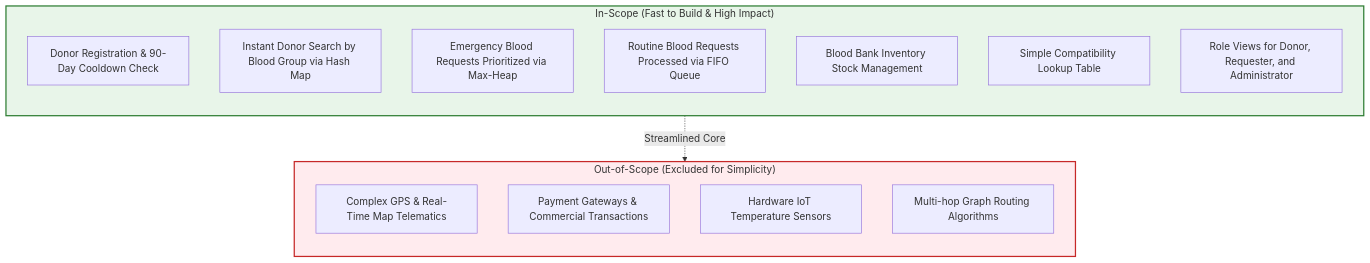
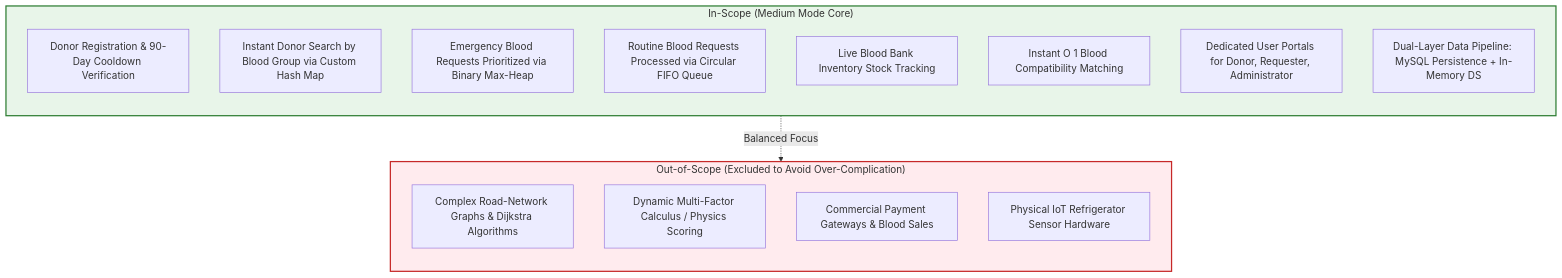
One commit to Shrey113/Assignment-1 changed the diagram in docs/01_project_scope.md. Above: the diagram before and after it, drawn with Mermaid. The commit also changed other lines of this file and 6 other files, not shown here.

Commit message:
docs: align all documentation and architecture to Medium Mode

````diff
--- a/docs/01_project_scope.md
+++ b/docs/01_project_scope.md
@@ -22,26 +29,27 @@
 ```mermaid
 graph TB
-    subgraph IN_SCOPE["In-Scope (Fast to Build & High Impact)"]
+    subgraph IN_SCOPE["In-Scope (Medium Mode Core)"]
         direction TB
-        A1[Donor Registration & 90-Day Cooldown Check]
-        A2[Instant Donor Search by Blood Group via Hash Map]
-        A3[Emergency Blood Requests Prioritized via Max-Heap]
-        A4[Routine Blood Requests Processed via FIFO Queue]
-        A5[Blood Bank Inventory Stock Management]
-        A6[Simple Compatibility Lookup Table]
-        A7[Role Views for Donor, Requester, and Administrator]
+        A1[Donor Registration & 90-Day Cooldown Verification]
+        A2[Instant Donor Search by Blood Group via Custom Hash Map]
+        A3[Emergency Blood Requests Prioritized via Binary Max-Heap]
+        A4[Routine Blood Requests Processed via Circular FIFO Queue]
+        A5[Live Blood Bank Inventory Stock Tracking]
+        A6[Instant O 1 Blood Compatibility Matching]
+        A7[Dedicated User Portals for Donor, Requester, Administrator]
+        A8[Dual-Layer Data Pipeline: MySQL Persistence + In-Memory DS]
     end
 
-    subgraph OUT_OF_SCOPE["Out-of-Scope (Excluded for Simplicity)"]
+    subgraph OUT_OF_SCOPE["Out-of-Scope (Excluded to Avoid Over-Complication)"]
         direction TB
-        B1[Complex GPS & Real-Time Map Telematics]
-        B2[Payment Gateways & Commercial Transactions]
-        B3[Hardware IoT Temperature Sensors]
-        B4[Multi-hop Graph Routing Algorithms]
+        B1[Complex Road-Network Graphs & Dijkstra Algorithms]
+        B2[Dynamic Multi-Factor Calculus / Physics Scoring]
+        B3[Commercial Payment Gateways & Blood Sales]
+        B4[Physical IoT Refrigerator Sensor Hardware]
     end
 
-    IN_SCOPE -.->|Streamlined Core| OUT_OF_SCOPE
+    IN_SCOPE -.->|Balanced Focus| OUT_OF_SCOPE
     
     style IN_SCOPE fill:#e8f5e9,stroke:#2e7d32,stroke-width:2px
     style OUT_OF_SCOPE fill:#ffebee,stroke:#c62828,stroke-width:2px
 ```
````
